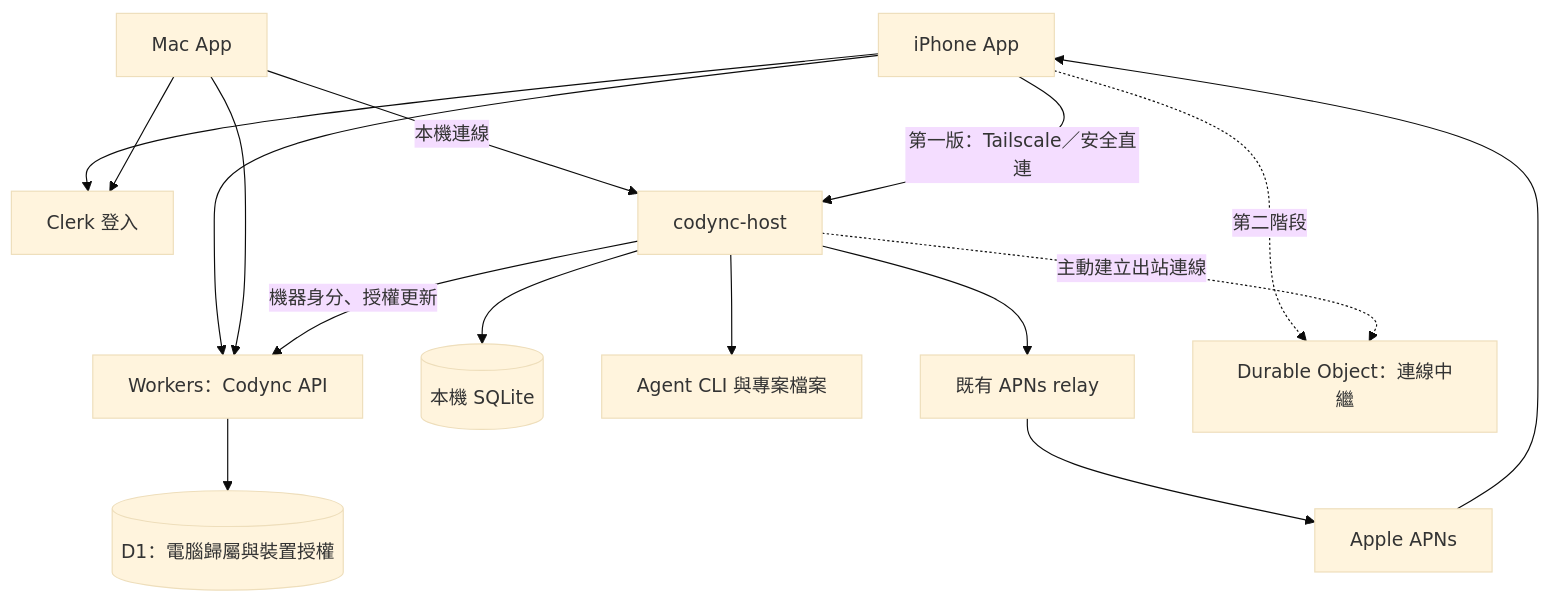
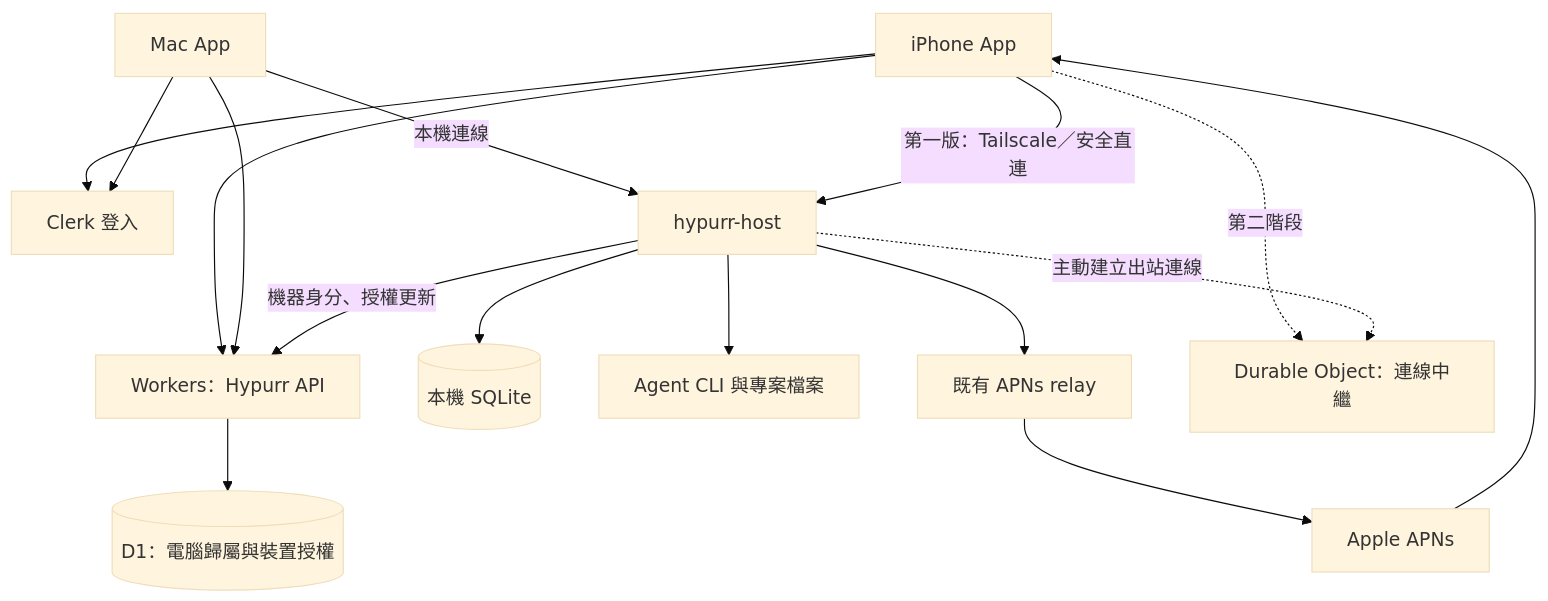
One commit to Ragul84/Hypurr changed the diagram in docs/archive/cloudflare-account-device-plan-2026-09-25.md. Above: the diagram before and after it, drawn with Mermaid (base theme). The commit also changed other lines of this file and 458 other files, not shown here.

First line of the commit message:
chore: rebrand Codync to Hypurr

````diff
--- a/docs/archive/cloudflare-account-device-plan-2026-09-25.md
+++ b/docs/archive/cloudflare-account-device-plan-2026-09-25.md
@@ -108,18 +108,18 @@
 ```mermaid
 flowchart TD
     IOS[iPhone App] --> CLERK[Clerk 登入]
     MAC[Mac App] --> CLERK
-    IOS --> API[Workers：Codync API]
+    IOS --> API[Workers：Hypurr API]
     MAC --> API
     API --> D1[(D1：電腦歸屬與裝置授權)]
-    HOST[codync-host] -->|機器身分、授權更新| API
+    HOST[hypurr-host] -->|機器身分、授權更新| API
     MAC -->|本機連線| HOST
     IOS -->|第一版：Tailscale／安全直連| HOST
     HOST --> DB[(本機 SQLite)]
     HOST --> AGENT[Agent CLI 與專案檔案]
     HOST --> PUSH[既有 APNs relay]
     PUSH --> APNS[Apple APNs]
     APNS --> IOS
     IOS -. 第二階段 .-> DO[Durable Object：連線中繼]
     HOST -. 主動建立出站連線 .-> DO
 ```
````
